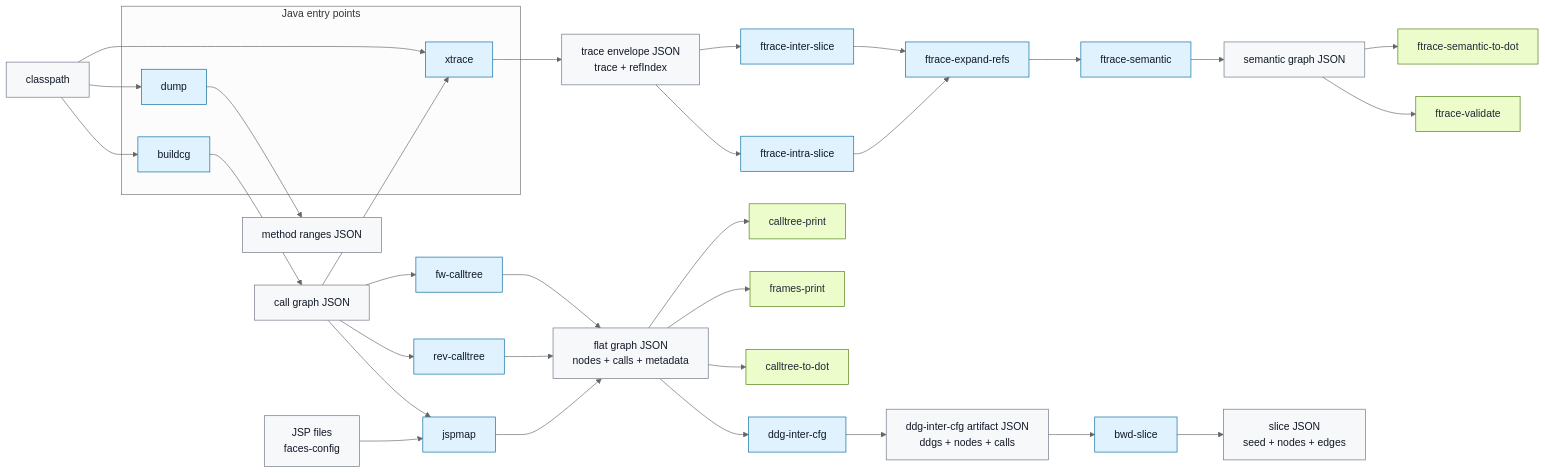
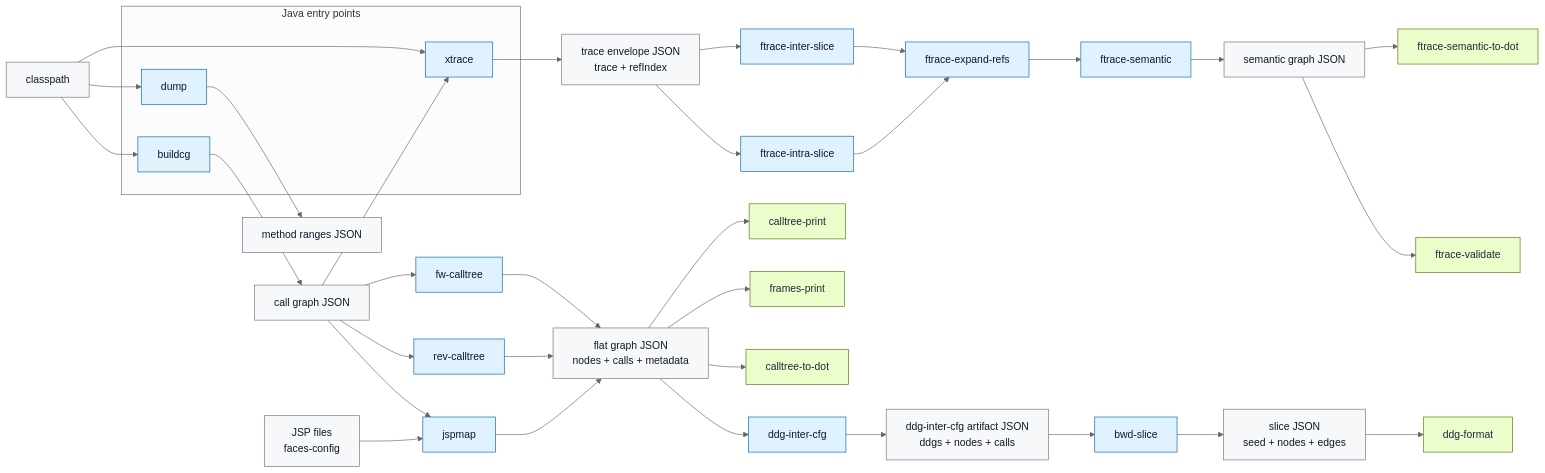
One commit to avishek-sen-gupta/java-bytecode-tools changed the diagram in README.md. Above: the diagram before and after it, drawn with Mermaid (neutral theme). The commit also changed other lines of this file and 2 other files, not shown here.

First line of the commit message:
feat: add ddg-format tool for rendering backward-slice DDGs

````diff
--- a/README.md
+++ b/README.md
@@ -51,75 +52,77 @@
 ```mermaid
 flowchart LR
     classDef artifact fill:#f6f8fa,stroke:#6b7280,color:#111827
     classDef entry fill:#e0f2fe,stroke:#0369a1,color:#0f172a
     classDef view fill:#ecfccb,stroke:#4d7c0f,color:#1f2937
 
     cp[classpath]:::artifact
     jsp[JSP files<br/>faces-config]:::artifact
 
     subgraph java["Java entry points"]
         dump[dump]:::entry
         buildcg[buildcg]:::entry
         xtrace[xtrace]:::entry
     end
 
     ranges[method ranges JSON]:::artifact
     cg[call graph JSON]:::artifact
     trace[trace envelope JSON<br/>trace + refIndex]:::artifact
     flat[flat graph JSON<br/>nodes + calls + metadata]:::artifact
     semantic[semantic graph JSON]:::artifact
 
     fw[fw-calltree]:::entry
     rev[rev-calltree]:::entry
     jspmap[jspmap]:::entry
 
     inter[ftrace-inter-slice]:::entry
     intra[ftrace-intra-slice]:::entry
     expand[ftrace-expand-refs]:::entry
     sem[ftrace-semantic]:::entry
 
     cpview[calltree-print]:::view
     fpview[frames-print]:::view
     dotview[calltree-to-dot]:::view
     semdot[ftrace-semantic-to-dot]:::view
     validate[ftrace-validate]:::view
 
     cp --> dump
     cp --> buildcg
     cp --> xtrace
 
     dump --> ranges
     buildcg --> cg
     cg --> xtrace
     cg --> fw
     cg --> rev
     cg --> jspmap
     jsp --> jspmap
 
     xtrace --> trace
     trace --> inter
     trace --> intra
     inter --> expand
     intra --> expand
     expand --> sem
     sem --> semantic
     semantic --> semdot
     semantic --> validate
 
     fw --> flat
     rev --> flat
     jspmap --> flat
     flat --> cpview
     flat --> fpview
     flat --> dotview
 
     ddgcfg[ddg-inter-cfg]:::entry
     bwdslice[bwd-slice]:::entry
     ddgartifact[ddg-inter-cfg artifact JSON<br/>ddgs + nodes + calls]:::artifact
     sliceresult[slice JSON<br/>seed + nodes + edges]:::artifact
+    ddgfmt[ddg-format]:::view
 
     flat --> ddgcfg
     ddgcfg --> ddgartifact
     ddgartifact --> bwdslice
     bwdslice --> sliceresult
+    sliceresult --> ddgfmt
 ```
````
